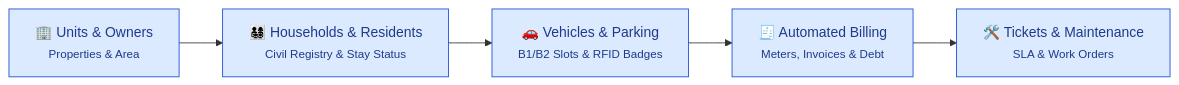
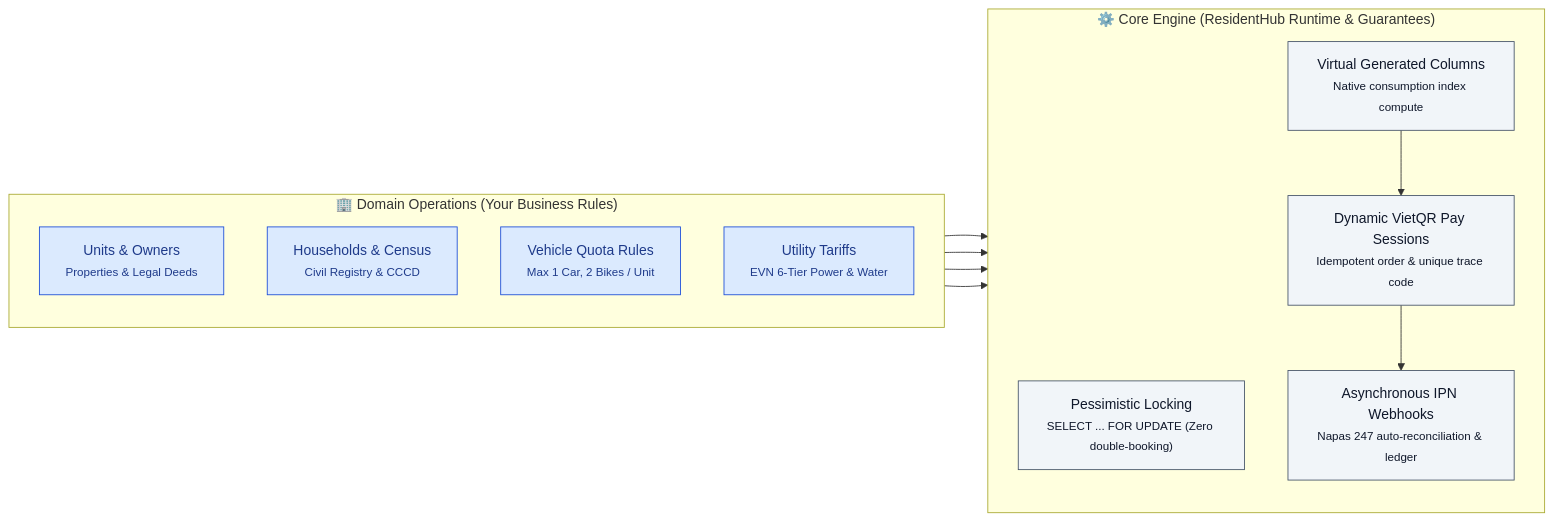
Before and after one commit to QuanAnh280605/NguyenAnhQuan-Household-Management: the first of 5 diagrams in README.md, drawn with Mermaid. The commit also changed other lines of this file and 1 other file, not shown here.

````diff
--- a/README.md
+++ b/README.md
@@ -21,12 +31,28 @@
 ```mermaid
 flowchart LR
-    A["🏢 Units & Owners<br/><small>Properties & Area</small>"]
-    B["👨‍👩‍👧‍👦 Households & Residents<br/><small>Civil Registry & Stay Status</small>"]
-    C["🚗 Vehicles & Parking<br/><small>B1/B2 Slots & RFID Badges</small>"]
-    D["🧾 Automated Billing<br/><small>Meters, Invoices & Debt</small>"]
-    E["🛠️ Tickets & Maintenance<br/><small>SLA & Work Orders</small>"]
+    subgraph business["🏢 Domain Operations (Your Business Rules)"]
+        direction TB
+        APT["Units & Owners<br/><small>Properties & Legal Deeds</small>"]
+        RES["Households & Census<br/><small>Civil Registry & CCCD</small>"]
+        PRK["Vehicle Quota Rules<br/><small>Max 1 Car, 2 Bikes / Unit</small>"]
+        TRF["Utility Tariffs<br/><small>EVN 6-Tier Power & Water</small>"]
+    end
 
-    A --> B --> C --> D --> E
-    classDef main fill:#dbeafe,stroke:#1d4ed8,color:#1e3a8a
-    class A,B,C,D,E main
+    subgraph engine["⚙️ Core Engine (ResidentHub Runtime & Guarantees)"]
+        direction TB
+        LCK["Pessimistic Locking<br/><small>SELECT ... FOR UPDATE (Zero double-booking)</small>"]
+        GEN["Virtual Generated Columns<br/><small>Native consumption index compute</small>"]
+        SESS["Dynamic VietQR Pay Sessions<br/><small>Idempotent order & unique trace code</small>"]
+        IPN["Asynchronous IPN Webhooks<br/><small>Napas 247 auto-reconciliation & ledger</small>"]
+    end
+
+    APT --> LCK
+    RES --> LCK
+    PRK --> LCK
+    TRF --> GEN --> SESS --> IPN
+
+    classDef yours fill:#dbeafe,stroke:#1d4ed8,color:#1e3a8a
+    classDef ours fill:#f1f5f9,stroke:#475569,color:#0f172a
+    class APT,RES,PRK,TRF yours
+    class LCK,GEN,SESS,IPN ours
 ```
````
